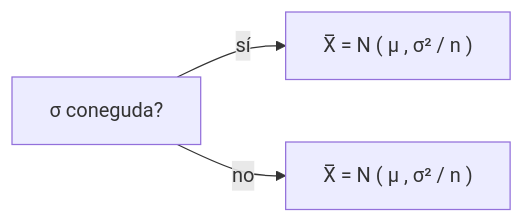
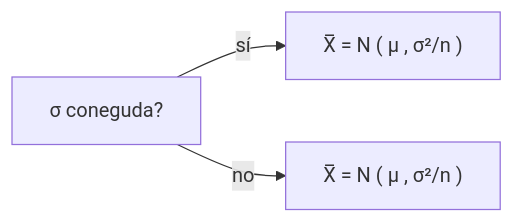
Before and after one commit to azel-cherry/obsidian-matcad: the diagram in Modelització i Inferència.md, drawn with Mermaid.

Commit message:
vault backup: 2024-09-30 15:15:30

````diff
--- a/Modelització i Inferència.md
+++ b/Modelització i Inferència.md
@@ -223,5 +223,5 @@
 ```mermaid
 graph LR;
-	A["σ coneguda?"] -- sí --> B["X̅ = N ( μ , σ² / n )"]
-	A["σ coneguda?"] -- no --> C["X̅ = N ( μ , σ² / n )"]
+	A["σ coneguda?"] -- sí --> B["X̅ = N ( μ , σ²/n )"]
+	A["σ coneguda?"] -- no --> C["X̅ = N ( μ , σ²/n )"]
 ```
````
